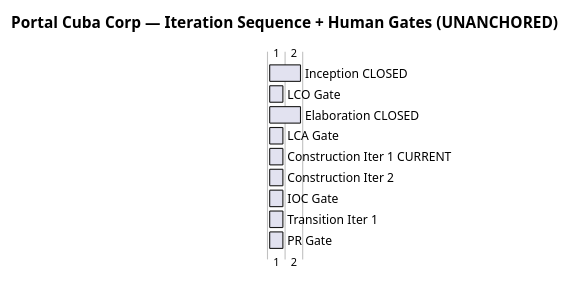
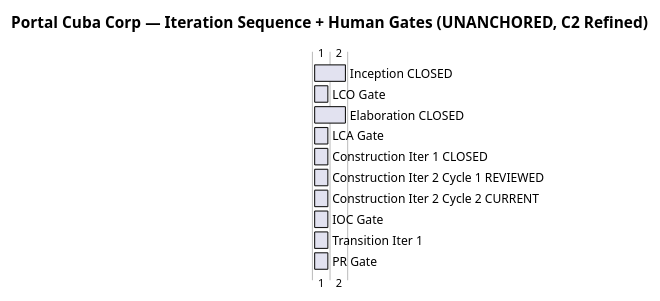
One commit to banense-test/portal-cuba-corp changed the first of 2 diagrams in docs/artifacts/project-management/iteration-plan.md. Above: the diagram before and after it, drawn with PlantUML. The commit also changed other lines of this file, not shown here.

First line of the commit message:
Project Manager [C2]: upsert Iteration Plan

````diff
--- a/docs/artifacts/project-management/iteration-plan.md
+++ b/docs/artifacts/project-management/iteration-plan.md
@@ -40,15 +45,16 @@
 ```plantuml
 @startgantt
-title Portal Cuba Corp — Iteration Sequence + Human Gates (UNANCHORED)
+title Portal Cuba Corp — Iteration Sequence + Human Gates (UNANCHORED, C2 Refined)
 
 [Inception CLOSED] lasts 2 days
 [LCO Gate] lasts 1 day
 [Elaboration CLOSED] lasts 2 days
 [LCA Gate] lasts 1 day
-[Construction Iter 1 CURRENT] lasts 1 day
-[Construction Iter 2] lasts 1 day
+[Construction Iter 1 CLOSED] lasts 1 day
+[Construction Iter 2 Cycle 1 REVIEWED] lasts 1 day
+[Construction Iter 2 Cycle 2 CURRENT] lasts 1 day
 [IOC Gate] lasts 1 day
 [Transition Iter 1] lasts 1 day
 [PR Gate] lasts 1 day
 @endgantt
 ```
````
